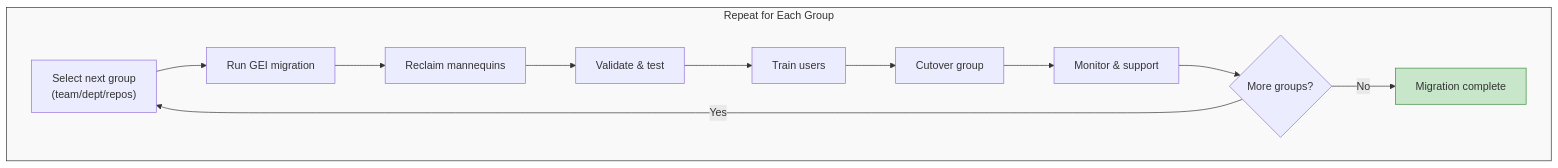
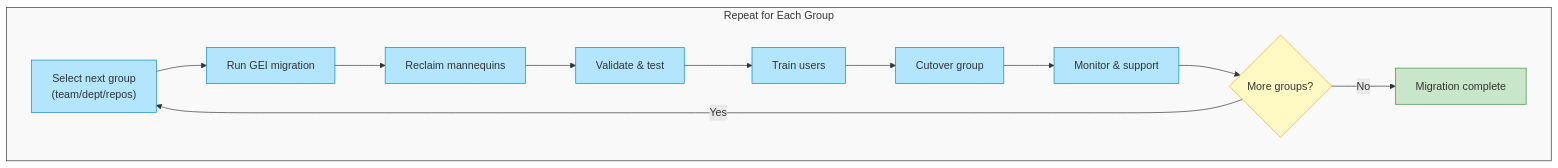
The tenth of 11 diagrams in _posts/2026-01-14-migrating-to-github-enterprise-managed-users.md (jmassardo/jmassardo.github.io), drawn with Mermaid before and after one commit. The commit also changed other lines of this file and 12 other files, not shown here.

````diff
--- a/_posts/2026-01-14-migrating-to-github-enterprise-managed-users.md
+++ b/_posts/2026-01-14-migrating-to-github-enterprise-managed-users.md
@@ -1922,17 +1974,25 @@
 ```mermaid
 flowchart TB
     subgraph Loop["Repeat for Each Group"]
         SELECT["Select next group\n(team/dept/repos)"] --> MIGRATE["Run GEI migration"]
         MIGRATE --> MANNEQUIN["Reclaim mannequins"]
         MANNEQUIN --> VALIDATE["Validate & test"]
         VALIDATE --> TRAIN["Train users"]
         TRAIN --> CUTOVER["Cutover group"]
         CUTOVER --> MONITOR["Monitor & support"]
         MONITOR --> DECISION{"More groups?"}
         DECISION -->|Yes| SELECT
         DECISION -->|No| DONE["Migration complete"]
     end
     
-    style Loop fill:#f9f9f9,stroke:#333
-    style DONE fill:#c8e6c9,stroke:#388e3c
+    style Loop fill:#f9f9f9,stroke:#333,color:#333
+    style DONE fill:#c8e6c9,stroke:#388e3c,color:#333
+    style SELECT fill:#b3e5fc,stroke:#0288d1,color:#333
+    style MIGRATE fill:#b3e5fc,stroke:#0288d1,color:#333
+    style MANNEQUIN fill:#b3e5fc,stroke:#0288d1,color:#333
+    style VALIDATE fill:#b3e5fc,stroke:#0288d1,color:#333
+    style TRAIN fill:#b3e5fc,stroke:#0288d1,color:#333
+    style CUTOVER fill:#b3e5fc,stroke:#0288d1,color:#333
+    style MONITOR fill:#b3e5fc,stroke:#0288d1,color:#333
+    style DECISION fill:#fff9c4,stroke:#f9a825,color:#333
 ```
````
